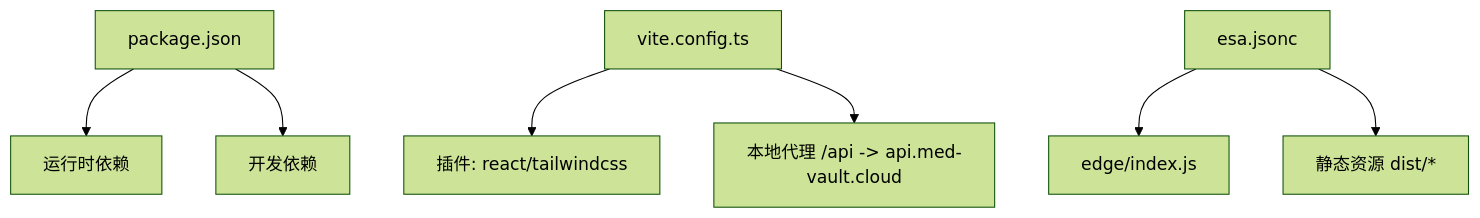
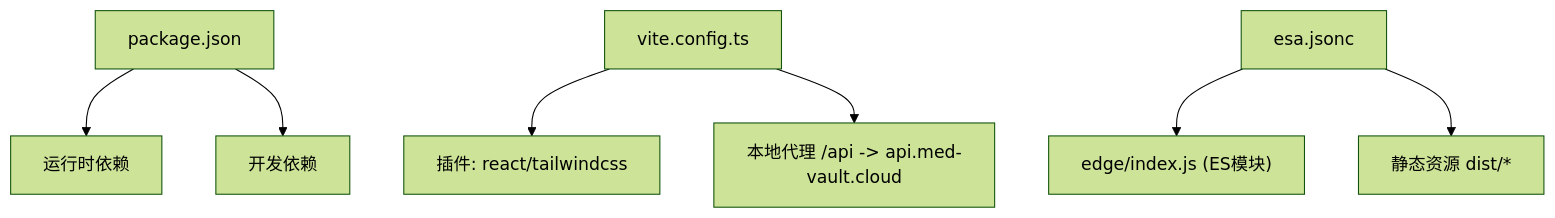
One commit to BlackWhiteBlock/med-vault-website changed the fifth of 5 diagrams in .qoder/repowiki/zh/content/架构设计/边缘函数系统.md. Above: the diagram before and after it, drawn with Mermaid (forest theme). The commit also changed other lines of this file and 4 other files, not shown here.

````diff
--- a/.qoder/repowiki/zh/content/架构设计/边缘函数系统.md
+++ b/.qoder/repowiki/zh/content/架构设计/边缘函数系统.md
@@ -201,9 +229,9 @@
 ```mermaid
 graph TB
 Pkg["package.json"] --> Deps["运行时依赖"]
 Pkg --> DevDeps["开发依赖"]
 Vite["vite.config.ts"] --> Plugins["插件: react/tailwindcss"]
 Vite --> Proxy["本地代理 /api -> api.med-vault.cloud"]
-ESA["esa.jsonc"] --> Edge["edge/index.js"]
+ESA["esa.jsonc"] --> Edge["edge/index.js (ES模块)"]
 ESA --> Assets["静态资源 dist/*"]
 ```
````
